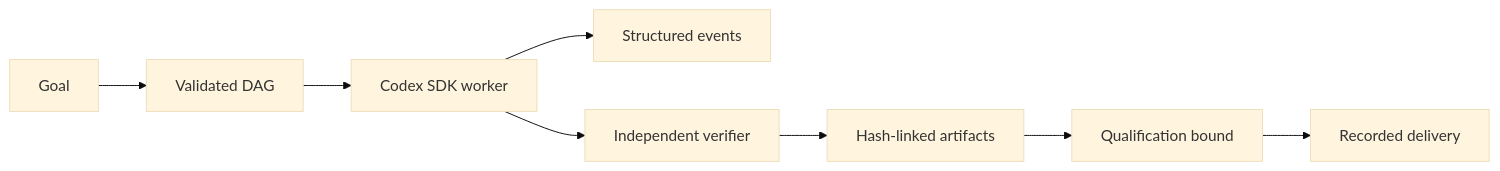
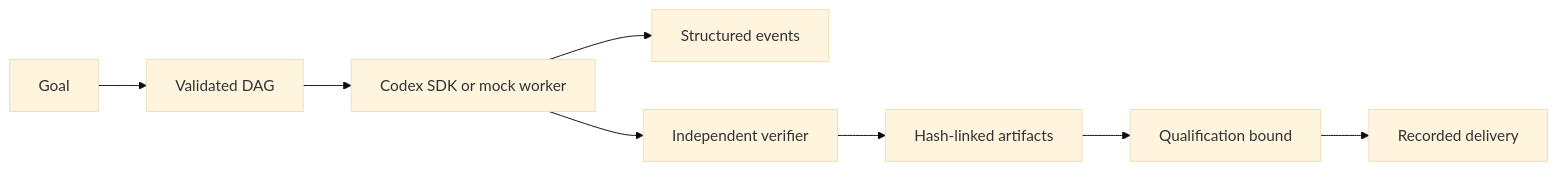
The diagram in README.md (HUSNAIN-MUNAWAR/veriswarm-orchestrator), drawn with Mermaid (base theme) before and after one commit. The commit also changed other lines of this file and 68 other files, not shown here.

````diff
--- a/README.md
+++ b/README.md
@@ -42,10 +88,10 @@
 ```mermaid
 flowchart LR
   Goal --> Plan[Validated DAG]
-  Plan --> Worker[Codex SDK worker]
+  Plan --> Worker[Codex SDK or mock worker]
   Worker --> Events[Structured events]
   Worker --> Verify[Independent verifier]
   Verify --> Evidence[Hash-linked artifacts]
   Evidence --> Qualify[Qualification bound]
   Qualify --> Deliver[Recorded delivery]
 ```
````
